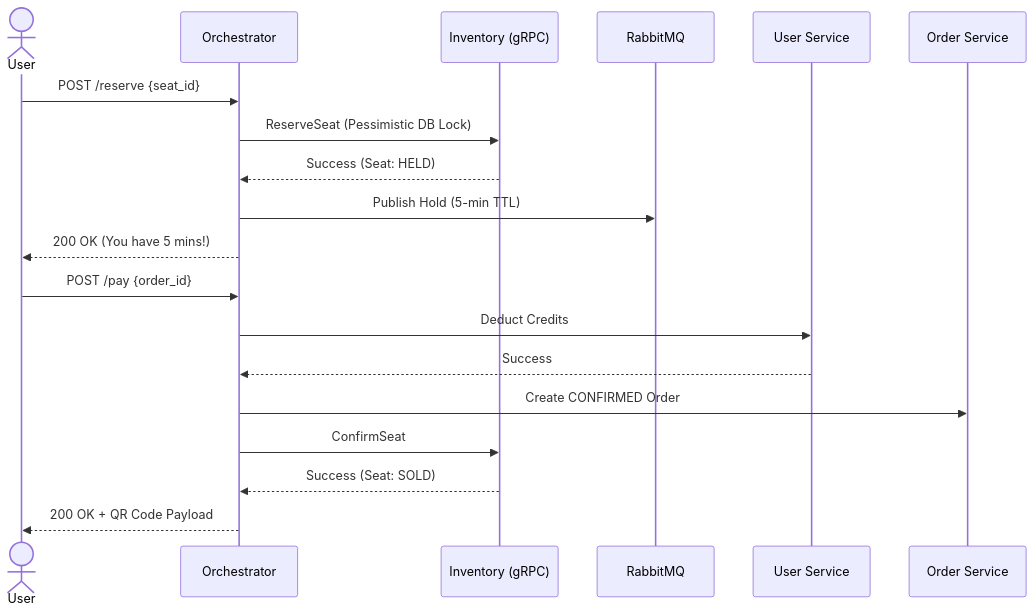
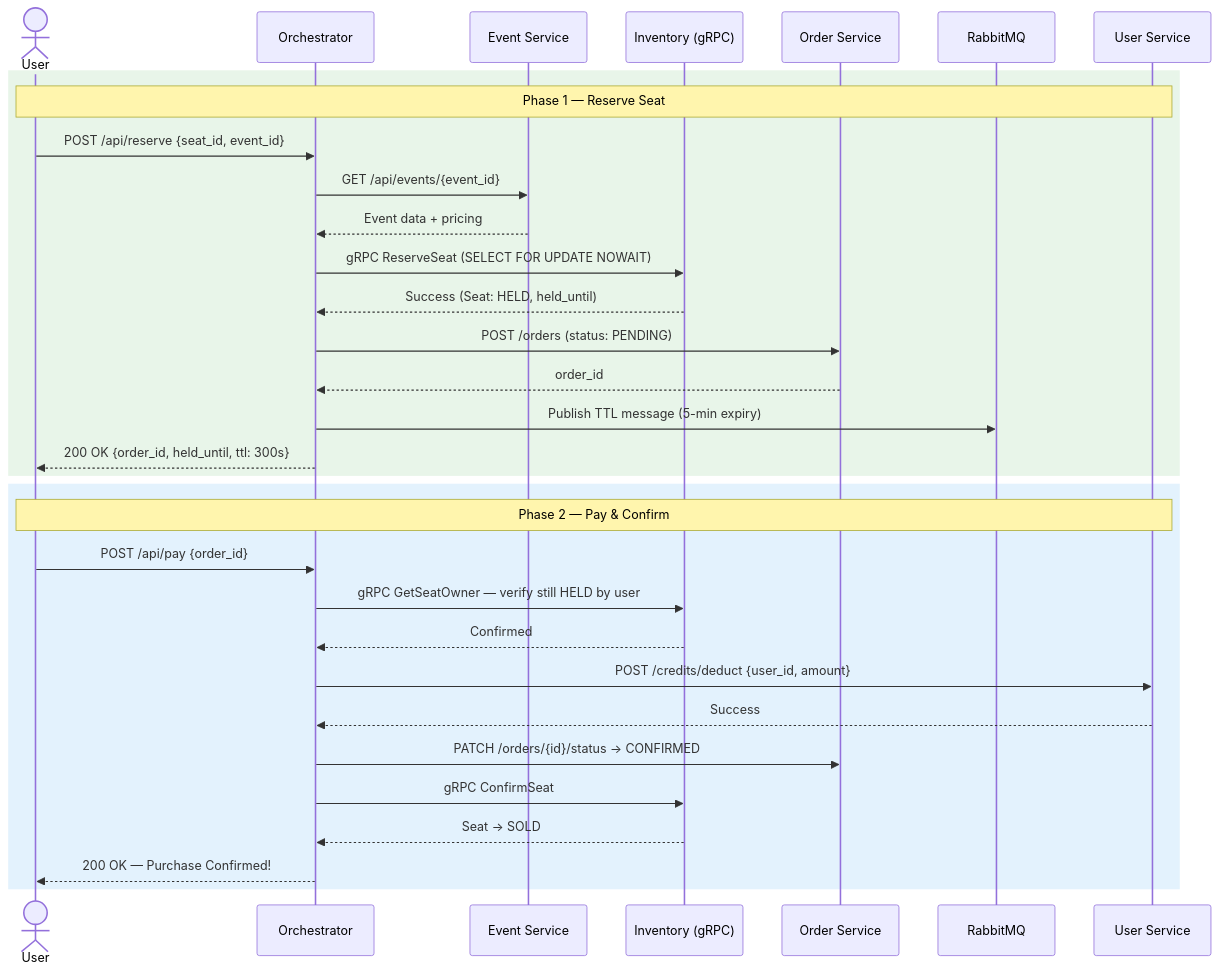
Before and after one commit to bryanseah234/ticketremaster-b: the second of 12 diagrams in README.md, drawn with Mermaid. The commit also changed other lines of this file, not shown here.

First line of the commit message:
docs: update README with accurate scenarios, failure paths, and mermaid diagrams

````diff
--- a/README.md
+++ b/README.md
@@ -198,23 +217,36 @@
 ```mermaid
 sequenceDiagram
     actor User
     participant Orch as Orchestrator
+    participant EventS as Event Service
     participant Inv as Inventory (gRPC)
+    participant OrderS as Order Service
     participant RMQ as RabbitMQ
     participant UserS as User Service
-    participant OrderS as Order Service
 
-    User->>Orch: POST /reserve {seat_id}
-    Orch->>Inv: ReserveSeat (Pessimistic DB Lock)
-    Inv-->>Orch: Success (Seat: HELD)
-    Orch->>RMQ: Publish Hold (5-min TTL)
-    Orch-->>User: 200 OK (You have 5 mins!)
-    
-    User->>Orch: POST /pay {order_id}
-    Orch->>UserS: Deduct Credits
+    rect rgb(232, 245, 233)
+    Note over User,UserS: Phase 1 — Reserve Seat
+    User->>Orch: POST /api/reserve {seat_id, event_id}
+    Orch->>EventS: GET /api/events/{event_id}
+    EventS-->>Orch: Event data + pricing
+    Orch->>Inv: gRPC ReserveSeat (SELECT FOR UPDATE NOWAIT)
+    Inv-->>Orch: Success (Seat: HELD, held_until)
+    Orch->>OrderS: POST /orders (status: PENDING)
+    OrderS-->>Orch: order_id
+    Orch->>RMQ: Publish TTL message (5-min expiry)
+    Orch-->>User: 200 OK {order_id, held_until, ttl: 300s}
+    end
+
+    rect rgb(227, 242, 253)
+    Note over User,UserS: Phase 2 — Pay & Confirm
+    User->>Orch: POST /api/pay {order_id}
+    Orch->>Inv: gRPC GetSeatOwner — verify still HELD by user
+    Inv-->>Orch: Confirmed
+    Orch->>UserS: POST /credits/deduct {user_id, amount}
     UserS-->>Orch: Success
-    Orch->>OrderS: Create CONFIRMED Order
-    Orch->>Inv: ConfirmSeat
-    Inv-->>Orch: Success (Seat: SOLD)
-    Orch-->>User: 200 OK + QR Code Payload
+    Orch->>OrderS: PATCH /orders/{id}/status → CONFIRMED
+    Orch->>Inv: gRPC ConfirmSeat
+    Inv-->>Orch: Seat → SOLD
+    Orch-->>User: 200 OK — Purchase Confirmed!
+    end
 ```
````
